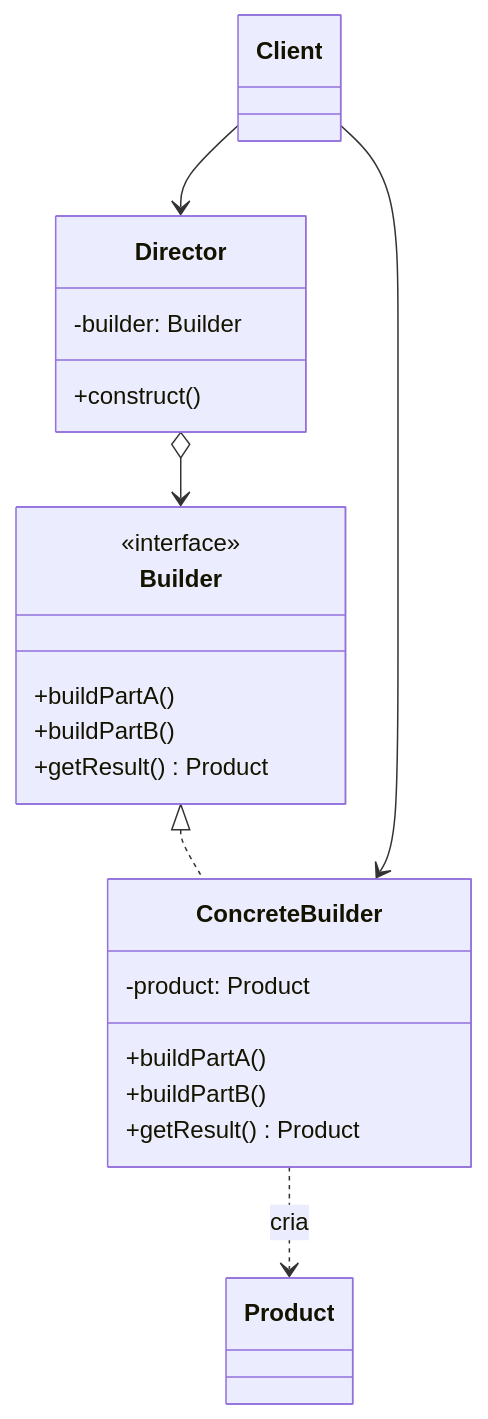
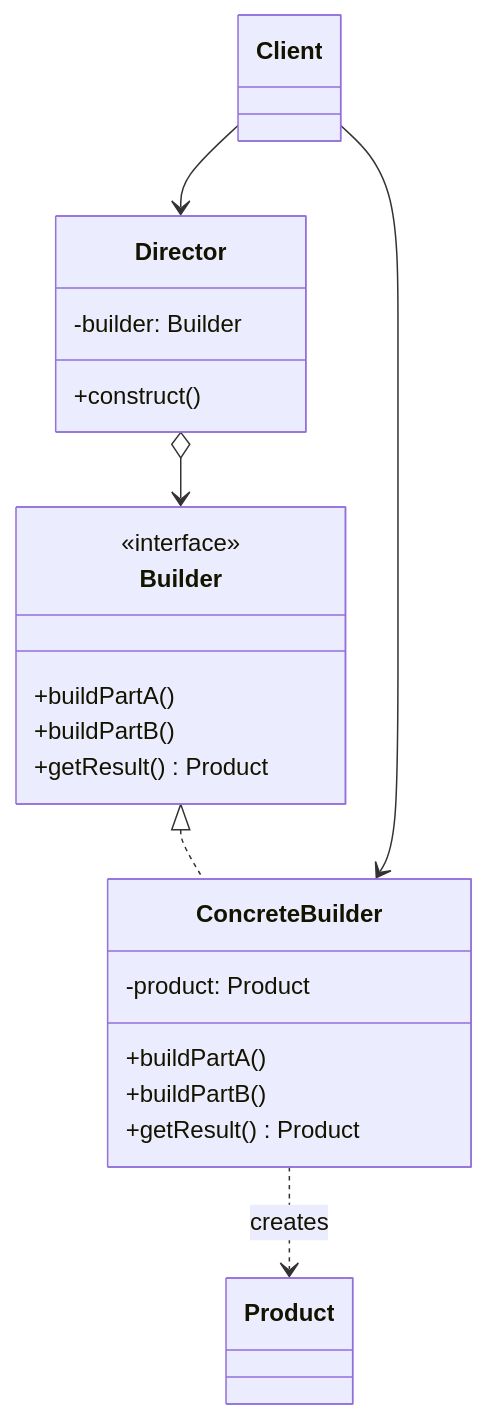
The diagram in docs/coding/gof/creational/builder.md (alancesar/design-patterns), drawn with Mermaid before and after one commit. The commit also changed 258 other files, not shown here.

First line of the commit message:
Translate Mermaid diagrams to English

````diff
--- a/docs/coding/gof/creational/builder.md
+++ b/docs/coding/gof/creational/builder.md
@@ -61,26 +61,26 @@
 ```mermaid
 classDiagram
     class Director {
         -builder: Builder
         +construct()
     }
     class Builder {
         <<interface>>
         +buildPartA()
         +buildPartB()
         +getResult() Product
     }
     class ConcreteBuilder {
         -product: Product
         +buildPartA()
         +buildPartB()
         +getResult() Product
     }
     class Product
     class Client
     Director o--> Builder
     Builder <|.. ConcreteBuilder
-    ConcreteBuilder ..> Product : cria
+    ConcreteBuilder ..> Product : creates
     Client --> Director
     Client --> ConcreteBuilder
 ```
````
